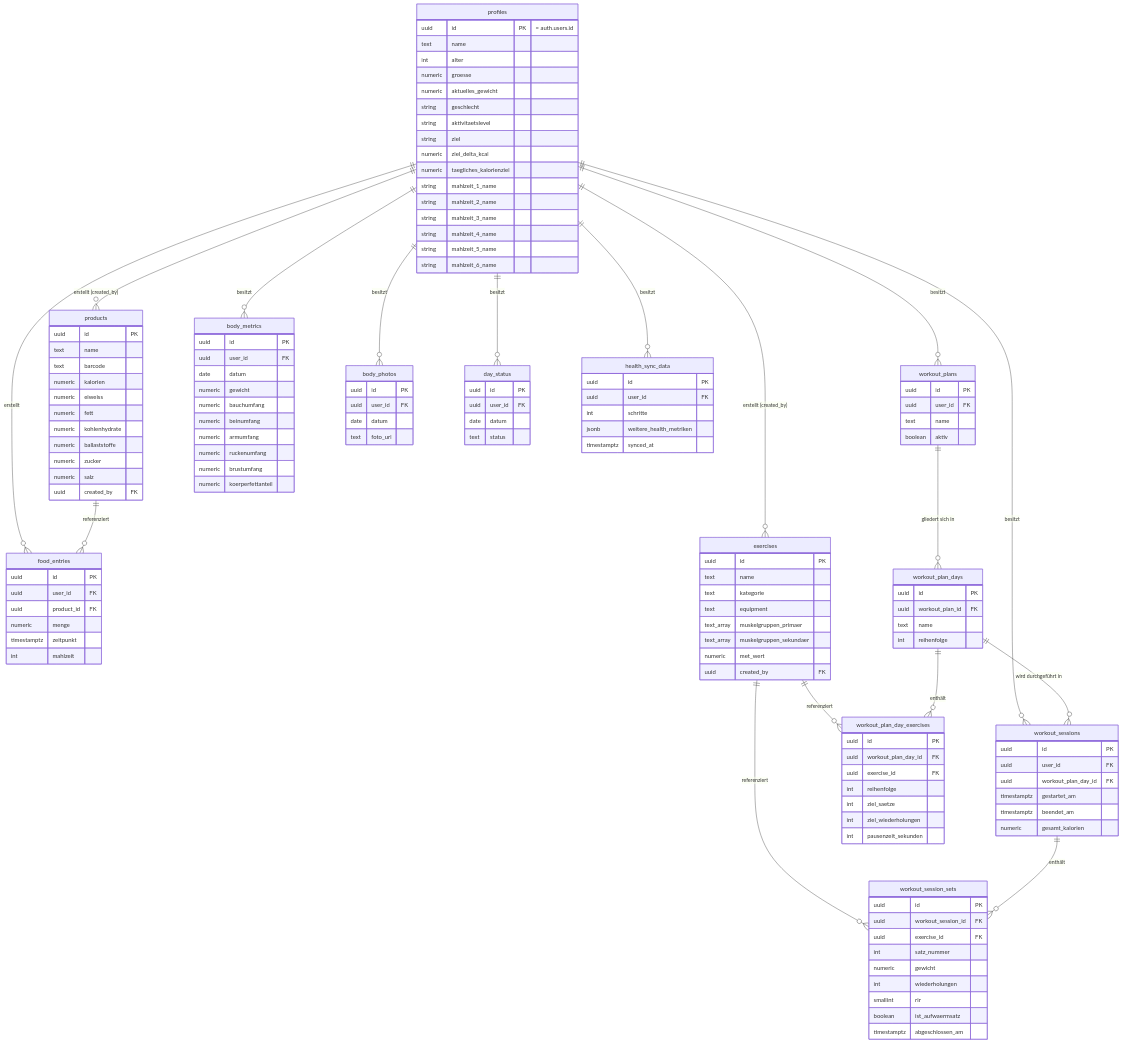
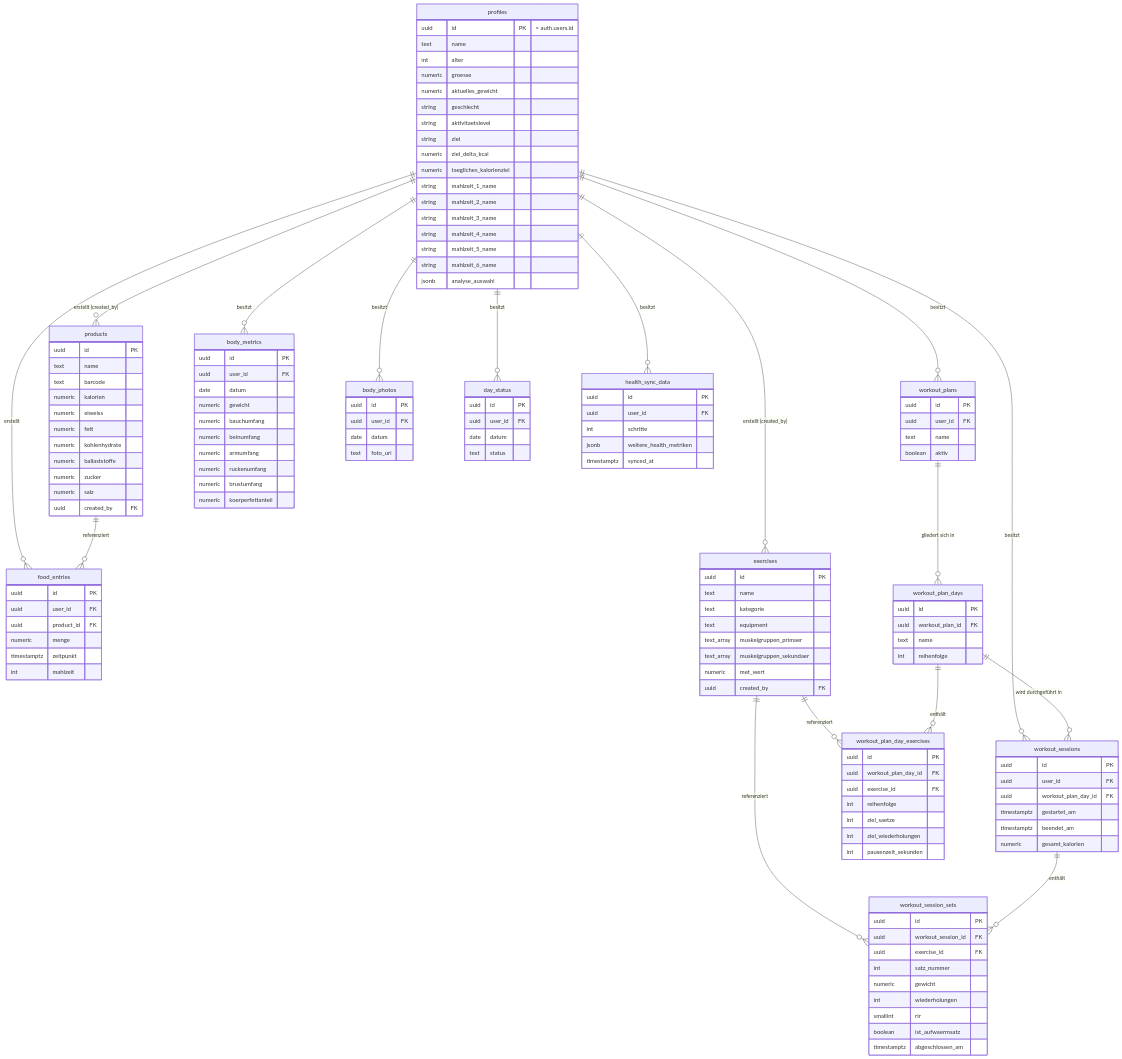
One commit to SueleymanOezel/fitness-app changed the diagram in docs/domaenenmodell.md. Above: the diagram before and after it, drawn with Mermaid. The commit also changed other lines of this file and 2 other files, not shown here.

Commit message:
feat: Analyse-Seiten einhaengen und Domaenenmodell nachziehen

```diff
--- a/docs/domaenenmodell.md
+++ b/docs/domaenenmodell.md
@@ -55,6 +55,7 @@
         string mahlzeit_4_name
         string mahlzeit_5_name
         string mahlzeit_6_name
+        jsonb analyse_auswahl
     }
 
     products {
```
